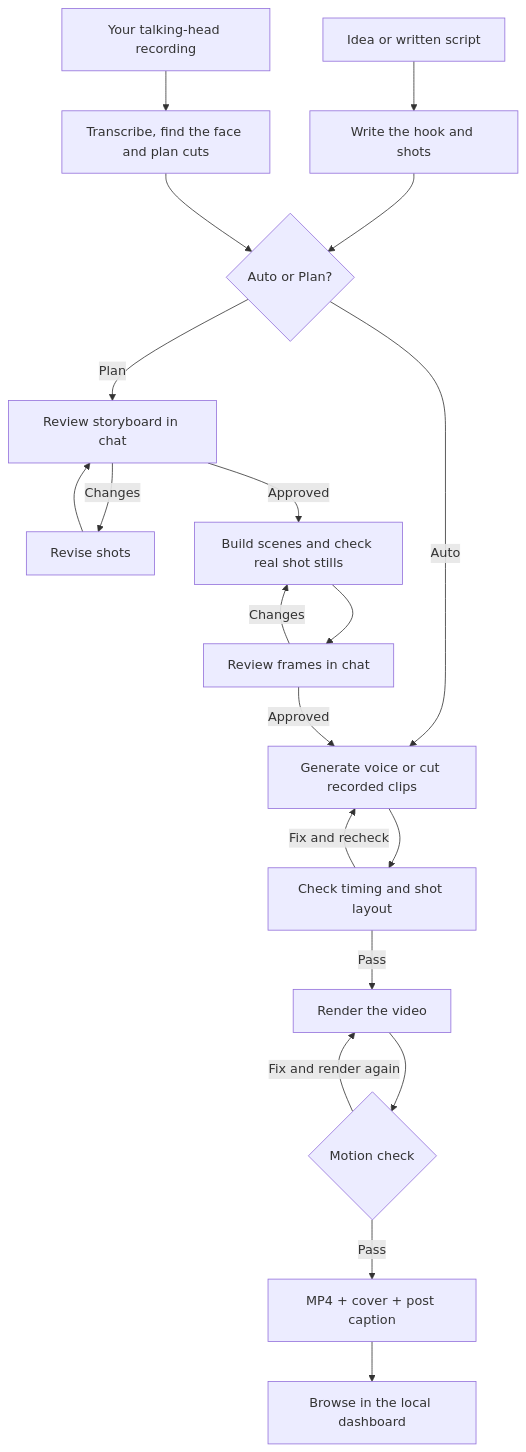
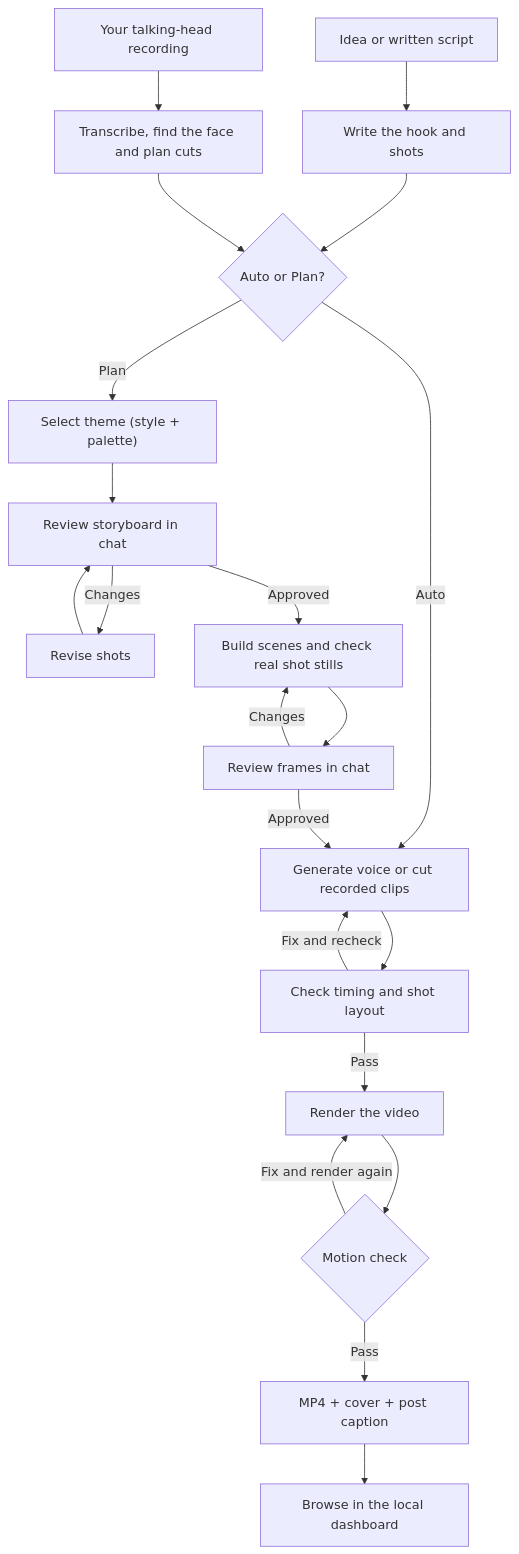
Before and after one commit to Nayan014/techno-reel: the diagram in docs/workflow.md, drawn with Mermaid. The commit also changed other lines of this file and 2 other files, not shown here.

Commit message:
feat: codify flat clay identity and theme review in plan mode

````diff
--- a/docs/workflow.md
+++ b/docs/workflow.md
@@ -32,24 +32,25 @@
 ```mermaid
 flowchart TD
     idea["Idea or written script"] --> write["Write the hook and shots"]
     take["Your talking-head recording"] --> cut["Transcribe, find the face and plan cuts"]
     write --> mode{"Auto or Plan?"}
     cut --> mode
 
     mode -- Auto --> audio["Generate voice or cut recorded clips"]
-    mode -- Plan --> storyboard["Review storyboard in chat"]
+    mode -- Plan --> theme["Select theme (style + palette)"]
+    theme --> storyboard["Review storyboard in chat"]
     storyboard -- Changes --> revise["Revise shots"]
     revise --> storyboard
     storyboard -- Approved --> stills["Build scenes and check real shot stills"]
     stills --> frames["Review frames in chat"]
     frames -- Changes --> stills
     frames -- Approved --> audio
 
     audio --> checks["Check timing and shot layout"]
     checks -- Fix and recheck --> audio
     checks -- Pass --> render["Render the video"]
     render --> motion{"Motion check"}
     motion -- Fix and render again --> render
     motion -- Pass --> output["MP4 + cover + post caption"]
     output --> dashboard["Browse in the local dashboard"]
 ```
````
